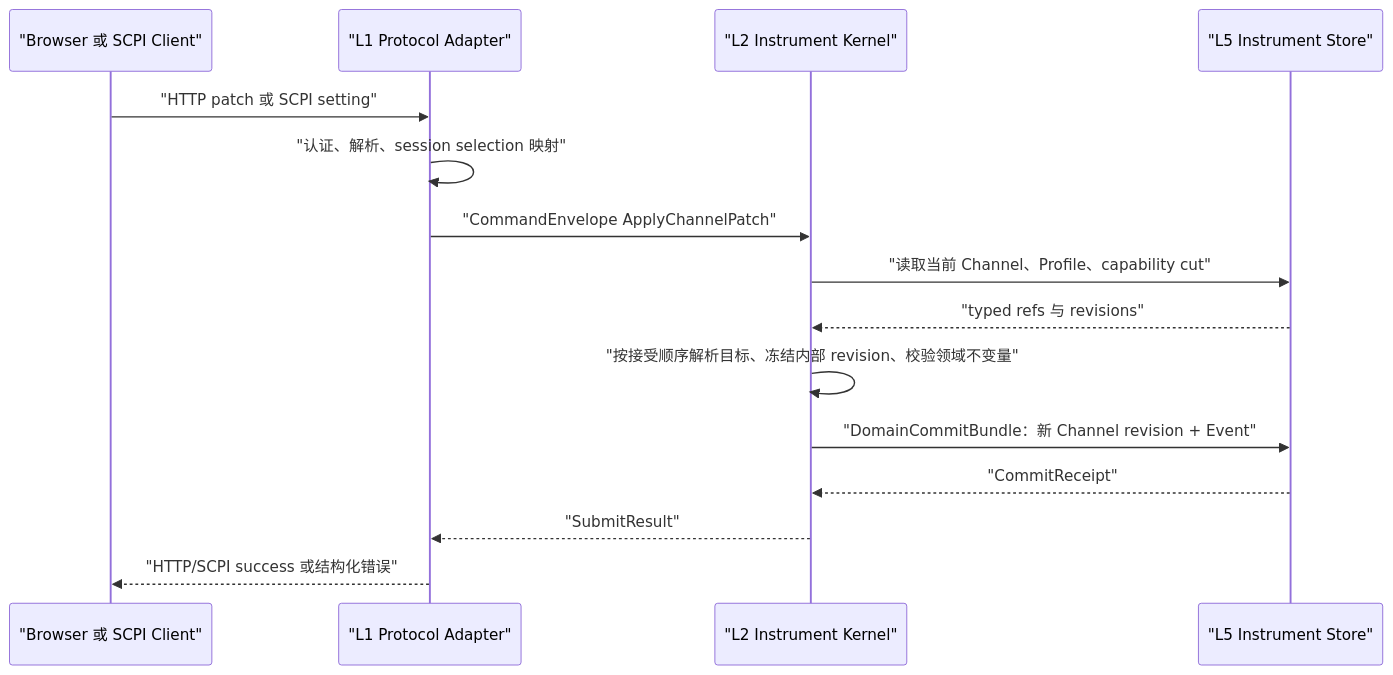
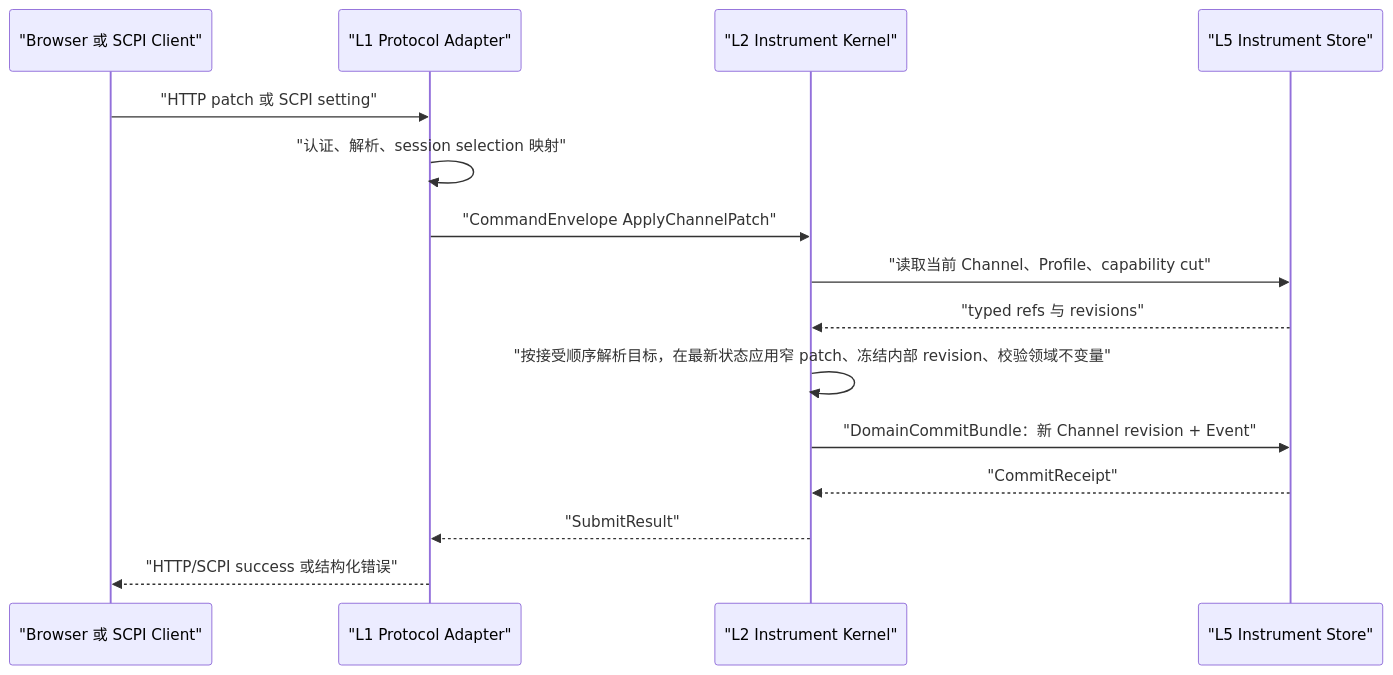
One commit to aniping/VNA changed the second of 5 diagrams in docs/design/layered-architecture.md. Above: the diagram before and after it, drawn with Mermaid. The commit also changed 10 other files, not shown here.

````diff
--- a/docs/design/layered-architecture.md
+++ b/docs/design/layered-architecture.md
@@ -165,18 +165,18 @@
 ```mermaid
 sequenceDiagram
     participant Client as "Browser 或 SCPI Client"
     participant Protocol as "L1 Protocol Adapter"
     participant Kernel as "L2 Instrument Kernel"
     participant Store as "L5 Instrument Store"
 
     Client->>Protocol: "HTTP patch 或 SCPI setting"
     Protocol->>Protocol: "认证、解析、session selection 映射"
     Protocol->>Kernel: "CommandEnvelope ApplyChannelPatch"
     Kernel->>Store: "读取当前 Channel、Profile、capability cut"
     Store-->>Kernel: "typed refs 与 revisions"
-    Kernel->>Kernel: "按接受顺序解析目标、冻结内部 revision、校验领域不变量"
+    Kernel->>Kernel: "按接受顺序解析目标，在最新状态应用窄 patch、冻结内部 revision、校验领域不变量"
     Kernel->>Store: "DomainCommitBundle：新 Channel revision + Event"
     Store-->>Kernel: "CommitReceipt"
     Kernel-->>Protocol: "SubmitResult"
     Protocol-->>Client: "HTTP/SCPI success 或结构化错误"
 ```
````
